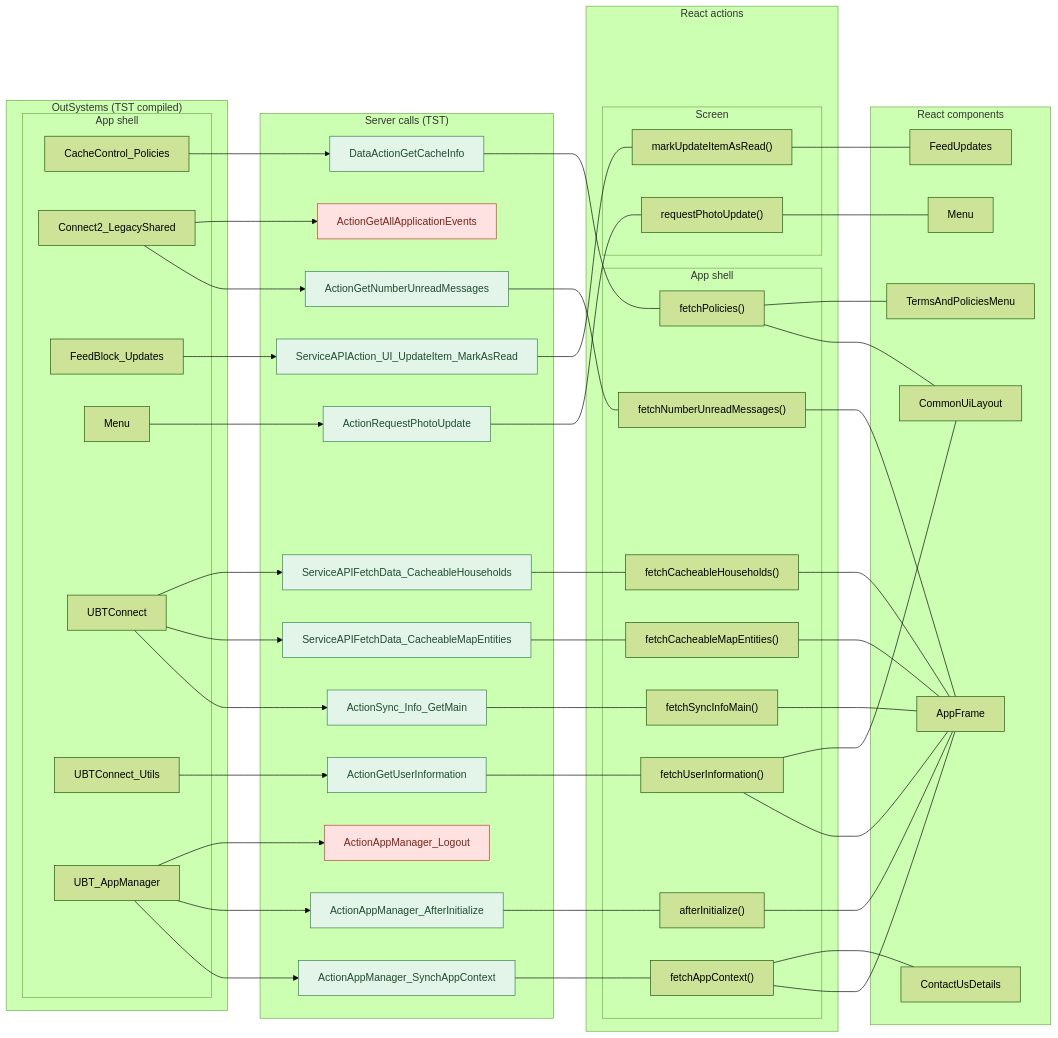
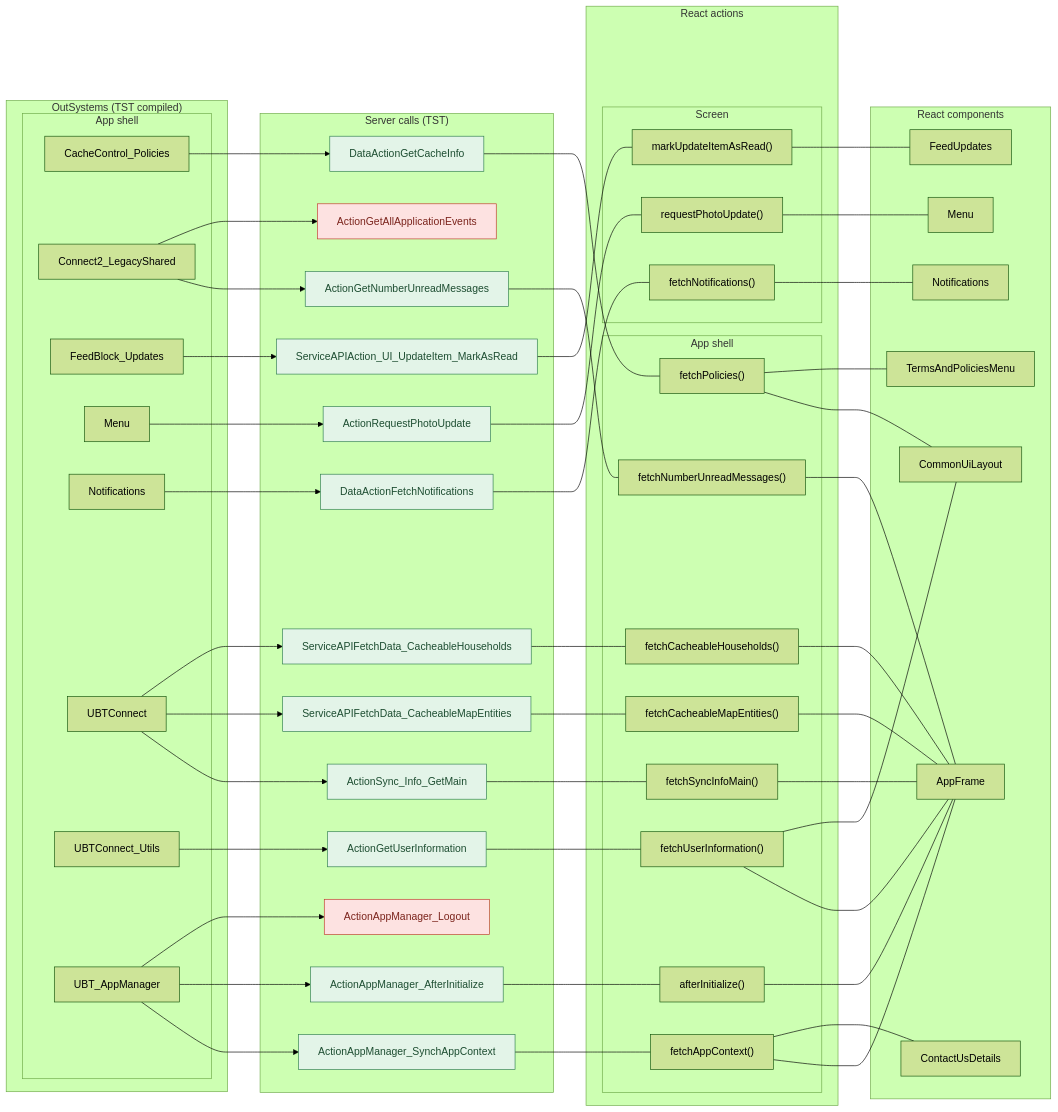
One commit to Phoenix-DX/connect-new-ui changed the first of 18 diagrams in route-actions/APP_SHELL.md. Above: the diagram before and after it, drawn with Mermaid (forest theme). The commit also changed other lines of this file and 3 other files, not shown here.

Commit message:
route actions: Notifications checked (9 calls, 1 missing, 1 questions); tool: flow.run/runAwaited run their function; an inline handler does not use a level

````diff
--- a/route-actions/APP_SHELL.md
+++ b/route-actions/APP_SHELL.md
@@ -23,86 +23,93 @@
       o1["Connect2_LegacyShared"]
       o2["FeedBlock_Updates"]
       o3["Menu"]
-      o4["UBTConnect"]
-      o5["UBTConnect_Utils"]
-      o6["UBT_AppManager"]
+      o4["Notifications"]
+      o5["UBTConnect"]
+      o6["UBTConnect_Utils"]
+      o7["UBT_AppManager"]
     end
   end
   subgraph EP["Server calls (TST)"]
-    e7["ActionAppManager_SynchAppContext"]
-    e8["ActionAppManager_AfterInitialize"]
-    e9["ActionSync_Info_GetMain"]
-    e10["ActionGetNumberUnreadMessages"]
-    e11["ServiceAPIFetchData_CacheableMapEntities"]
-    e12["ServiceAPIFetchData_CacheableHouseholds"]
-    e13["ActionGetAllApplicationEvents"]
-    e14["ActionGetUserInformation"]
-    e15["ServiceAPIAction_UI_UpdateItem_MarkAsRead"]
-    e16["ActionRequestPhotoUpdate"]
-    e17["ActionAppManager_Logout"]
-    e18["DataActionGetCacheInfo"]
+    e8["ActionAppManager_SynchAppContext"]
+    e9["ActionAppManager_AfterInitialize"]
+    e10["ActionSync_Info_GetMain"]
+    e11["ActionGetNumberUnreadMessages"]
+    e12["ServiceAPIFetchData_CacheableMapEntities"]
+    e13["ServiceAPIFetchData_CacheableHouseholds"]
+    e14["ActionGetAllApplicationEvents"]
+    e15["ActionGetUserInformation"]
+    e16["ServiceAPIAction_UI_UpdateItem_MarkAsRead"]
+    e17["ActionRequestPhotoUpdate"]
+    e18["ActionAppManager_Logout"]
+    e19["DataActionFetchNotifications"]
+    e20["DataActionGetCacheInfo"]
   end
   subgraph RE["React actions"]
     subgraph RE_shell["App shell"]
-      r19["afterInitialize()"]
-      r20["fetchAppContext()"]
-      r21["fetchCacheableHouseholds()"]
-      r22["fetchCacheableMapEntities()"]
-      r23["fetchNumberUnreadMessages()"]
-      r24["fetchPolicies()"]
-      r25["fetchSyncInfoMain()"]
-      r26["fetchUserInformation()"]
+      r21["afterInitialize()"]
+      r22["fetchAppContext()"]
+      r23["fetchCacheableHouseholds()"]
+      r24["fetchCacheableMapEntities()"]
+      r25["fetchNumberUnreadMessages()"]
+      r26["fetchPolicies()"]
+      r27["fetchSyncInfoMain()"]
+      r28["fetchUserInformation()"]
     end
     subgraph RE_page["Screen"]
-      r27["markUpdateItemAsRead()"]
-      r28["requestPhotoUpdate()"]
+      r29["fetchNotifications()"]
+      r30["markUpdateItemAsRead()"]
+      r31["requestPhotoUpdate()"]
     end
   end
   subgraph RC["React components"]
-    c29["AppFrame"]
-    c30["CommonUiLayout"]
-    c31["ContactUsDetails"]
-    c32["FeedUpdates"]
-    c33["Menu"]
-    c34["TermsAndPoliciesMenu"]
+    c32["AppFrame"]
+    c33["CommonUiLayout"]
+    c34["ContactUsDetails"]
+    c35["FeedUpdates"]
+    c36["Menu"]
+    c37["Notifications"]
+    c38["TermsAndPoliciesMenu"]
   end
-  r19 --- c29
-  r20 --- c29
-  r21 --- c29
-  r22 --- c29
-  r23 --- c29
-  r25 --- c29
-  r26 --- c29
-  r20 --- c31
-  r24 --- c30
-  r26 --- c30
+  r21 --- c32
+  r22 --- c32
+  r23 --- c32
+  r24 --- c32
+  r25 --- c32
   r27 --- c32
+  r28 --- c32
+  r22 --- c34
+  r26 --- c33
   r28 --- c33
-  r24 --- c34
-  o6 --> e7
-  o6 --> e8
-  o6 --> e17
-  o4 --> e9
-  o4 --> e11
-  o4 --> e12
-  o1 --> e10
-  o1 --> e13
-  o5 --> e14
-  o2 --> e15
-  o3 --> e16
-  o0 --> e18
-  e7 --- r20
-  e8 --- r19
-  e9 --- r25
-  e10 --- r23
-  e11 --- r22
-  e12 --- r21
-  e14 --- r26
-  e15 --- r27
-  e16 --- r28
-  e18 --- r24
+  r30 --- c35
+  r31 --- c36
+  r29 --- c37
+  r26 --- c38
+  o7 --> e8
+  o7 --> e9
+  o7 --> e18
+  o5 --> e10
+  o5 --> e12
+  o5 --> e13
+  o1 --> e11
+  o1 --> e14
+  o6 --> e15
+  o2 --> e16
+  o3 --> e17
+  o4 --> e19
+  o0 --> e20
+  e8 --- r22
+  e9 --- r21
+  e10 --- r27
+  e11 --- r25
+  e12 --- r24
+  e13 --- r23
+  e15 --- r28
+  e16 --- r30
+  e17 --- r31
+  e19 --- r29
+  e20 --- r26
   classDef missing fill:#fde2e1,stroke:#c0392b,color:#7b241c
   classDef ok fill:#e3f4e8,stroke:#2e7d4f,color:#1d4d31
-  class e13,e17 missing
-  class e7,e8,e9,e10,e11,e12,e14,e15,e16,e18 ok
+  class e14,e18 missing
+  class e8,e9,e10,e11,e12,e13,e15,e16,e17,e19,e20 ok
 ```
````
